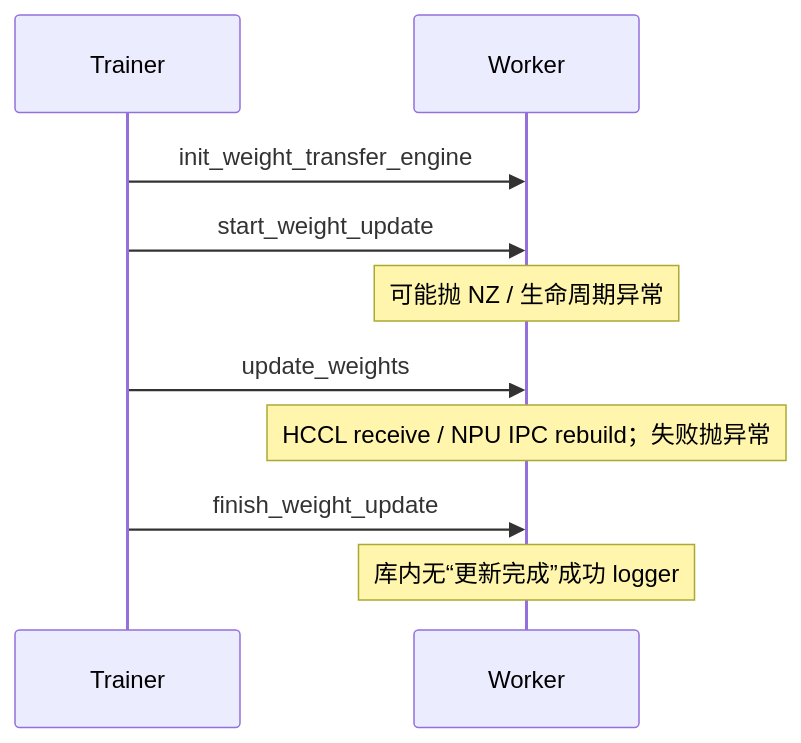
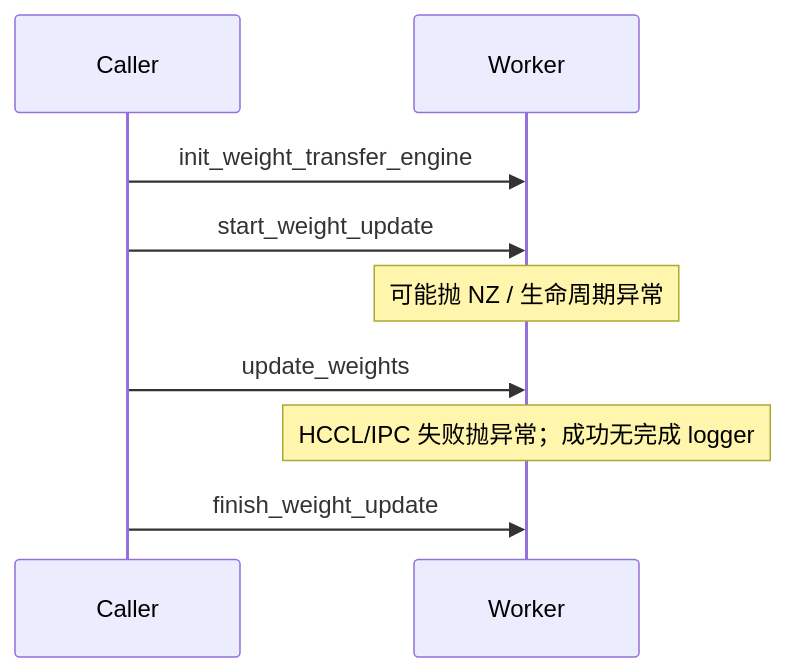
One commit to yjyang62/vllm-ascend changed the fourth of 5 diagrams in docs/source/developer_guide/performance_and_debug/rl_log_guide.md. Above: the diagram before and after it, drawn with Mermaid. The commit also changed other lines of this file, not shown here.

````diff
--- a/docs/source/developer_guide/performance_and_debug/rl_log_guide.md
+++ b/docs/source/developer_guide/performance_and_debug/rl_log_guide.md
@@ -288,12 +298,11 @@
 ```mermaid
 sequenceDiagram
-    participant T as Trainer
+    participant Caller
     participant W as Worker
-    T->>W: init_weight_transfer_engine
-    T->>W: start_weight_update
+    Caller->>W: init_weight_transfer_engine
+    Caller->>W: start_weight_update
     Note over W: 可能抛 NZ / 生命周期异常
-    T->>W: update_weights
-    Note over W: HCCL receive / NPU IPC rebuild；失败抛异常
-    T->>W: finish_weight_update
-    Note over W: 库内无“更新完成”成功 logger
+    Caller->>W: update_weights
+    Note over W: HCCL/IPC 失败抛异常；成功无完成 logger
+    Caller->>W: finish_weight_update
 ```
````
